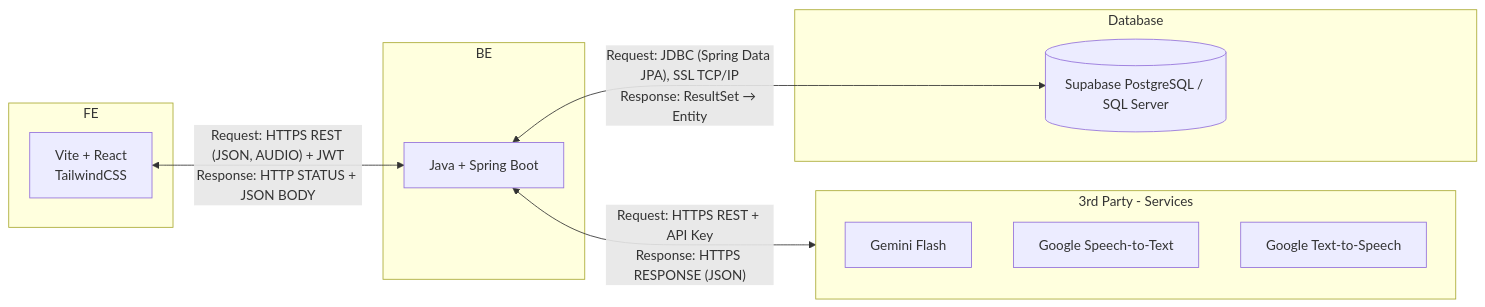
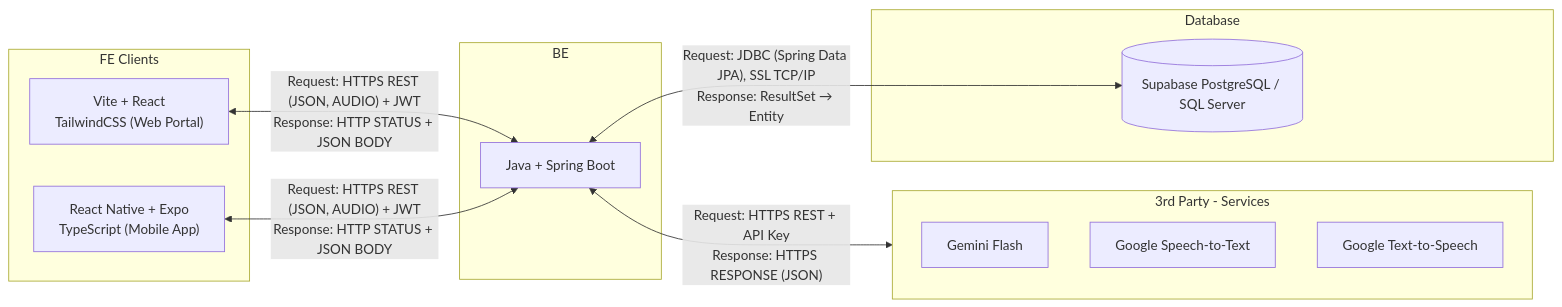
The first of 2 diagrams in document/02-architecture-design/README.md (SWD392-Group-4/AI-powered-Viva-Exam-System), drawn with Mermaid before and after one commit. The commit also changed other lines of this file and 6 other files, not shown here.

Commit message:
docs: add initial project documentation and physical database ERD

````diff
--- a/document/02-architecture-design/README.md
+++ b/document/02-architecture-design/README.md
@@ -15,24 +15,26 @@
 ```mermaid
 flowchart LR
-    subgraph FE["FE"]
-        REACT["Vite + React<br/>TailwindCSS"]
+    subgraph FE["FE Clients"]
+        REACT["Vite + React<br/>TailwindCSS (Web Portal)"]
+        MOBILE["React Native + Expo<br/>TypeScript (Mobile App)"]
     end
 
     subgraph BE["BE"]
         SPRING["Java + Spring Boot"]
     end
 
     subgraph EXT["3rd Party - Services"]
         GEMINI["Gemini Flash"]
         STT["Google Speech-to-Text"]
         TTS["Google Text-to-Speech"]
     end
 
     subgraph DB["Database"]
         SUPABASE[("Supabase PostgreSQL / SQL Server")]
     end
 
     REACT <-- "Request: HTTPS REST (JSON, AUDIO) + JWT<br/>Response: HTTP STATUS + JSON BODY" --> SPRING
+    MOBILE <-- "Request: HTTPS REST (JSON, AUDIO) + JWT<br/>Response: HTTP STATUS + JSON BODY" --> SPRING
     SPRING <-- "Request: HTTPS REST + API Key<br/>Response: HTTPS RESPONSE (JSON)" --> EXT
     SPRING <-- "Request: JDBC (Spring Data JPA), SSL TCP/IP<br/>Response: ResultSet → Entity" --> SUPABASE
 ```
````
